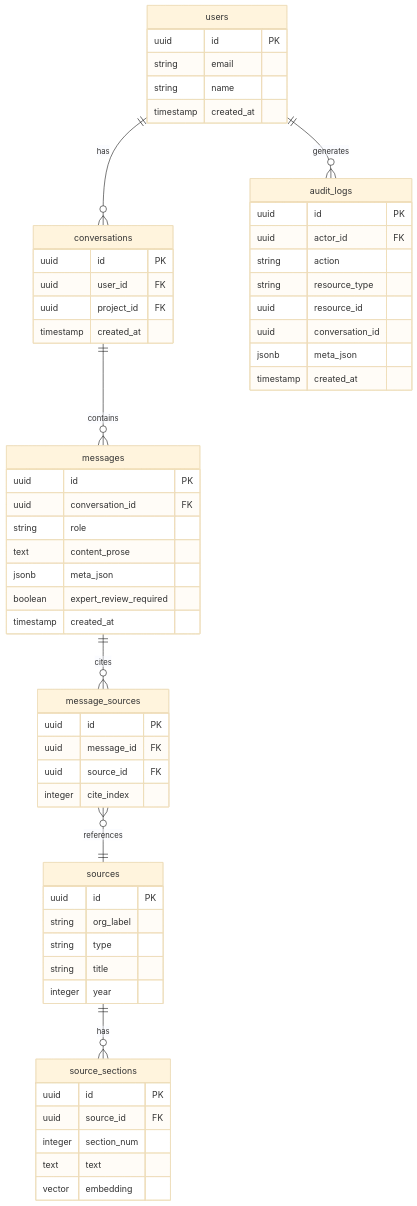
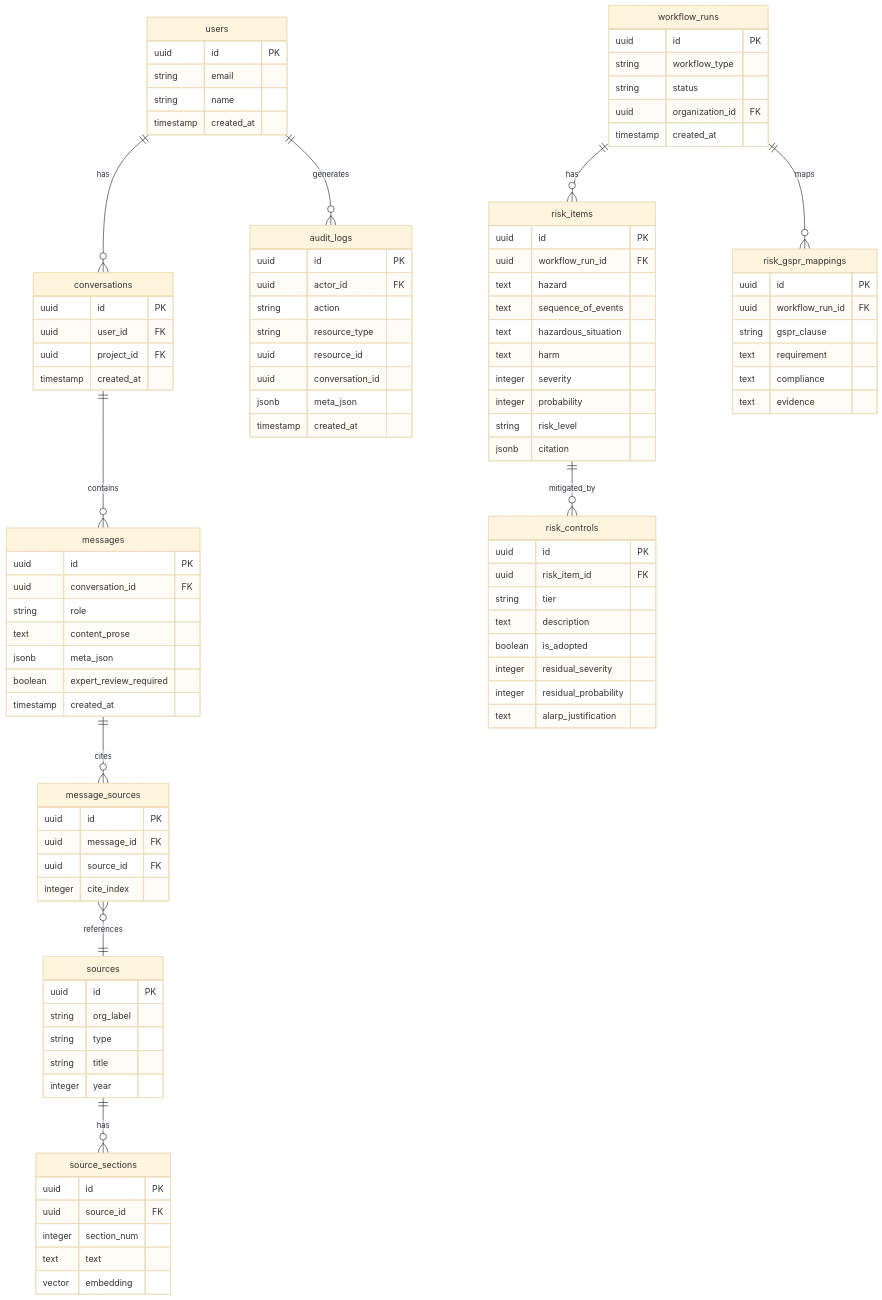
The third of 6 diagrams in docs/architecture.md (holee9/ra-med-bot), drawn with Mermaid (base theme) before and after one commit. The commit also changed other lines of this file and 12 other files, not shown here.

Commit message:
docs: update risk workflow documentation

````diff
--- a/docs/architecture.md
+++ b/docs/architecture.md
@@ -142,6 +146,43 @@
         jsonb meta_json
         timestamp created_at
     }
+    workflow_runs {
+        uuid id PK
+        string workflow_type
+        string status
+        uuid organization_id FK
+        timestamp created_at
+    }
+    risk_items {
+        uuid id PK
+        uuid workflow_run_id FK
+        text hazard
+        text sequence_of_events
+        text hazardous_situation
+        text harm
+        integer severity
+        integer probability
+        string risk_level
+        jsonb citation
+    }
+    risk_controls {
+        uuid id PK
+        uuid risk_item_id FK
+        string tier
+        text description
+        boolean is_adopted
+        integer residual_severity
+        integer residual_probability
+        text alarp_justification
+    }
+    risk_gspr_mappings {
+        uuid id PK
+        uuid workflow_run_id FK
+        string gspr_clause
+        text requirement
+        text compliance
+        text evidence
+    }
 
     users ||--o{ conversations : "has"
     conversations ||--o{ messages : "contains"
@@ -149,4 +190,7 @@
     sources ||--o{ source_sections : "has"
     message_sources }o--|| sources : "references"
     users ||--o{ audit_logs : "generates"
+    workflow_runs ||--o{ risk_items : "has"
+    risk_items ||--o{ risk_controls : "mitigated_by"
+    workflow_runs ||--o{ risk_gspr_mappings : "maps"
 ```
````
